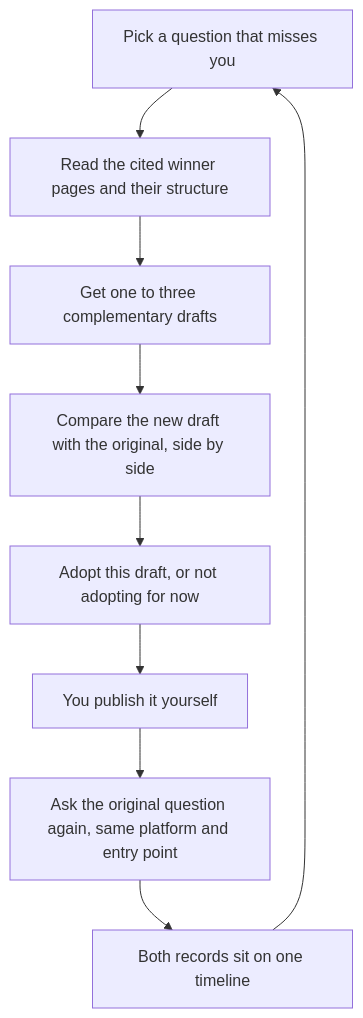
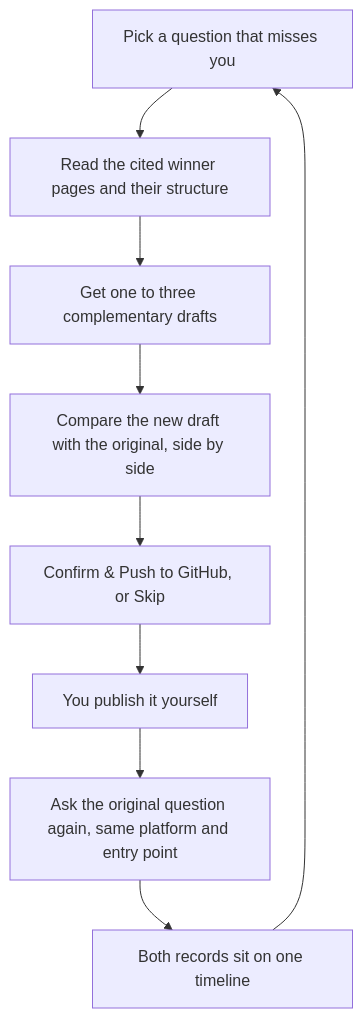
The third of 3 diagrams in docs/getting-started.md (cooleryu/opengeo), drawn with Mermaid before and after one commit. The commit also changed other lines of this file and 20 other files, not shown here.

````diff
--- a/docs/getting-started.md
+++ b/docs/getting-started.md
@@ -109,11 +109,11 @@
 ```mermaid
 flowchart TD
     A["Pick a question that misses you"] --> B["Read the cited winner pages and their structure"]
     B --> C["Get one to three complementary drafts"]
     C --> D["Compare the new draft with the original, side by side"]
-    D --> E["Adopt this draft, or not adopting for now"]
+    D --> E["Confirm & Push to GitHub, or Skip"]
     E --> F["You publish it yourself"]
     F --> G["Ask the original question again, same platform and entry point"]
     G --> H["Both records sit on one timeline"]
     H --> A
 ```
````
